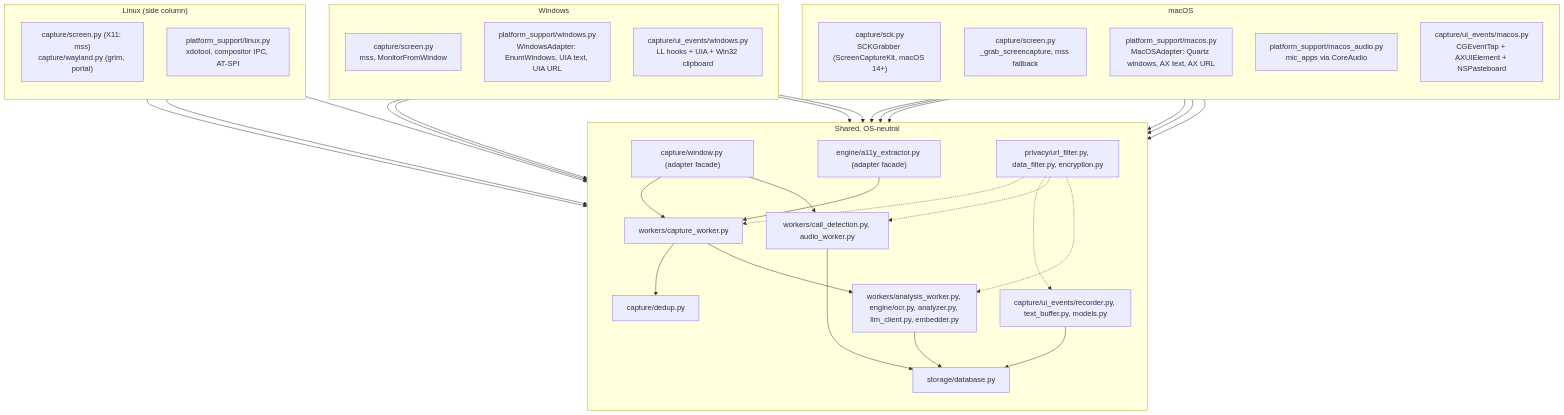
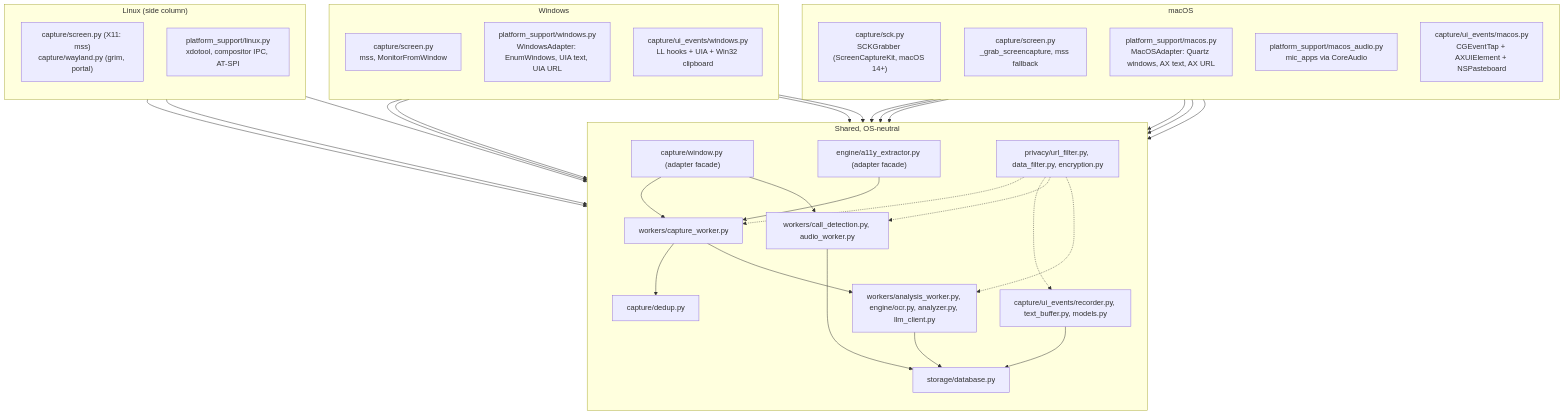
Before and after one commit to Venopacman/ScreenMind: the second of 2 diagrams in docs/architecture/capture.md, drawn with Mermaid. The commit also changed other lines of this file and 7 other files, not shown here.

````diff
--- a/docs/architecture/capture.md
+++ b/docs/architecture/capture.md
@@ -130,46 +121,46 @@
 ```mermaid
 flowchart TB
   subgraph MAC["macOS"]
     direction TB
     M1["capture/sck.py<br/>SCKGrabber (ScreenCaptureKit, macOS 14+)"]
     M2["capture/screen.py<br/>_grab_screencapture, mss fallback"]
     M3["platform_support/macos.py<br/>MacOSAdapter: Quartz windows, AX text, AX URL"]
     M4["platform_support/macos_audio.py<br/>mic_apps via CoreAudio"]
     M5["capture/ui_events/macos.py<br/>CGEventTap + AXUIElement + NSPasteboard"]
   end
   subgraph WIN["Windows"]
     direction TB
     W1["capture/screen.py<br/>mss, MonitorFromWindow"]
     W2["platform_support/windows.py<br/>WindowsAdapter: EnumWindows, UIA text, UIA URL"]
     W3["capture/ui_events/windows.py<br/>LL hooks + UIA + Win32 clipboard"]
   end
   subgraph LNX["Linux (side column)"]
     direction TB
     L1["capture/screen.py (X11: mss)<br/>capture/wayland.py (grim, portal)"]
     L2["platform_support/linux.py<br/>xdotool, compositor IPC, AT-SPI"]
   end
   subgraph SHARED["Shared, OS-neutral"]
     direction TB
     S1["workers/capture_worker.py"]
     S2["capture/dedup.py"]
     S3["capture/window.py (adapter facade)"]
     S4["engine/a11y_extractor.py (adapter facade)"]
     S5["capture/ui_events/recorder.py, text_buffer.py, models.py"]
     S6["workers/call_detection.py, audio_worker.py"]
-    S7["workers/analysis_worker.py, engine/ocr.py, analyzer.py, llm_client.py, embedder.py"]
+    S7["workers/analysis_worker.py, engine/ocr.py, analyzer.py, llm_client.py"]
     S8["privacy/url_filter.py, data_filter.py, encryption.py"]
     S9["storage/database.py"]
   end
   M1 & M2 & W1 & L1 --> S1
   M3 & W2 & L2 --> S3 & S4
   M4 --> S3
   M5 & W3 --> S5
   S3 & S4 --> S1
   S3 --> S6
   S1 --> S2
   S1 --> S7
   S5 --> S9
   S6 --> S9
   S7 --> S9
   S8 -.-> S1 & S5 & S6 & S7
 ```
````
